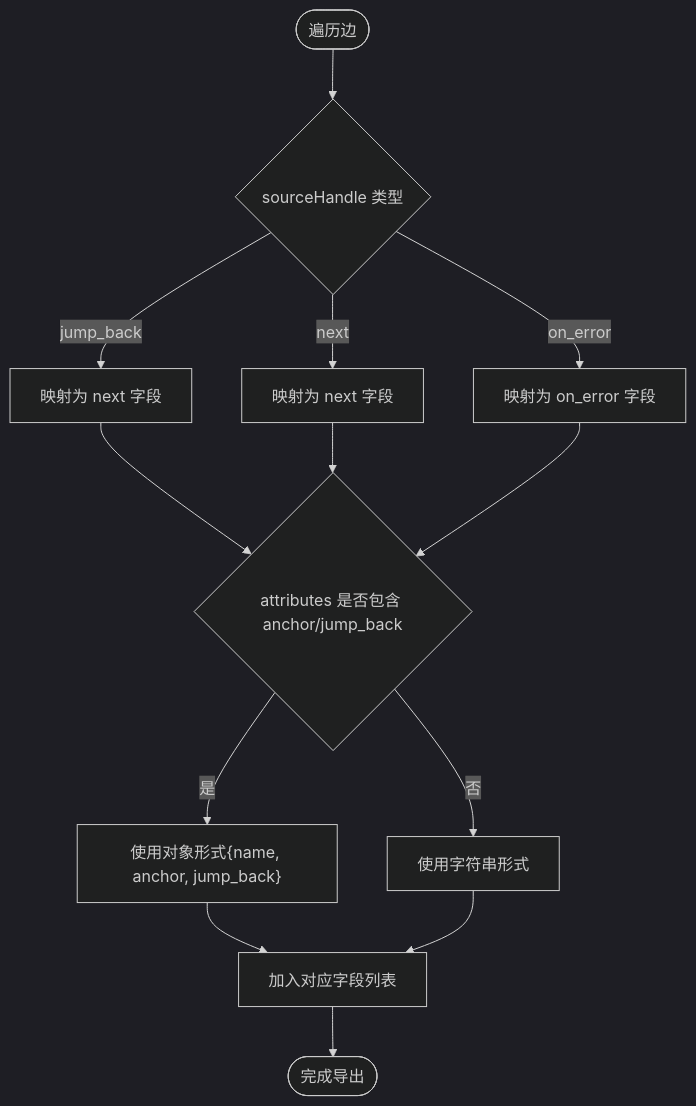
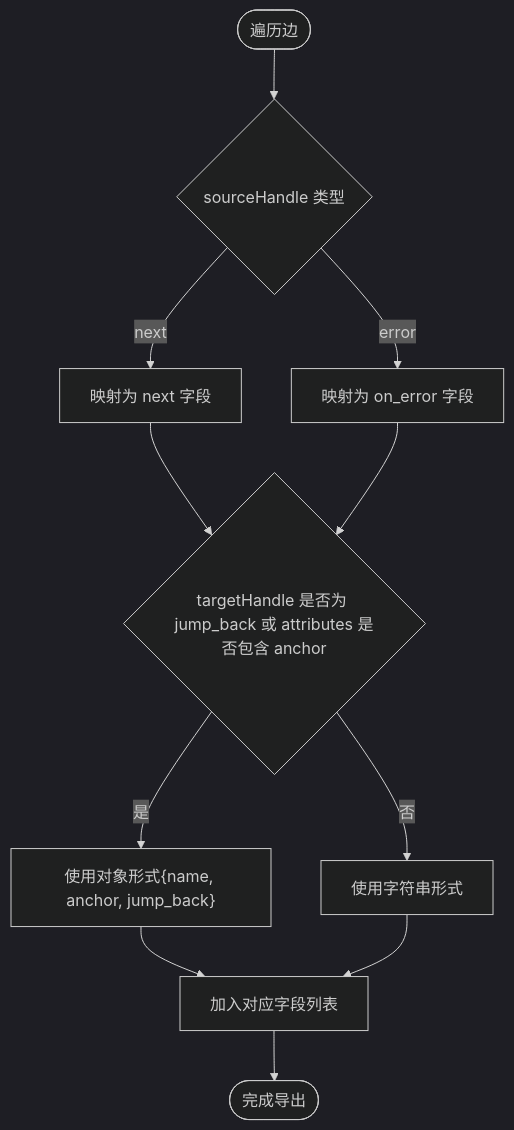
One commit to kqcoxn/MaaPipelineEditor changed the eighth of 10 diagrams in .qoder/repowiki/zh/content/核心概念/连接.md. Above: the diagram before and after it, drawn with Mermaid (dark theme). The commit also changed other lines of this file and 5 other files, not shown here.

````diff
--- a/.qoder/repowiki/zh/content/核心概念/连接.md
+++ b/.qoder/repowiki/zh/content/核心概念/连接.md
@@ -383,15 +353,13 @@
 ```mermaid
 flowchart TD
 S(["遍历边"]) --> Type{"sourceHandle 类型"}
-Type --> |jump_back| MapJB["映射为 next 字段"]
 Type --> |next| MapN["映射为 next 字段"]
-Type --> |on_error| MapE["映射为 on_error 字段"]
-MapJB --> Attr{"attributes 是否包含 anchor/jump_back"}
-MapN --> Attr
+Type --> |error| MapE["映射为 on_error 字段"]
+MapN --> Attr{"targetHandle 是否为 jump_back 或 attributes 是否包含 anchor"}
 MapE --> Attr
 Attr --> |是| Obj["使用对象形式{name, anchor, jump_back}"]
 Attr --> |否| Str["使用字符串形式"]
 Obj --> Push["加入对应字段列表"]
 Str --> Push
 Push --> End(["完成导出"])
 ```
````
